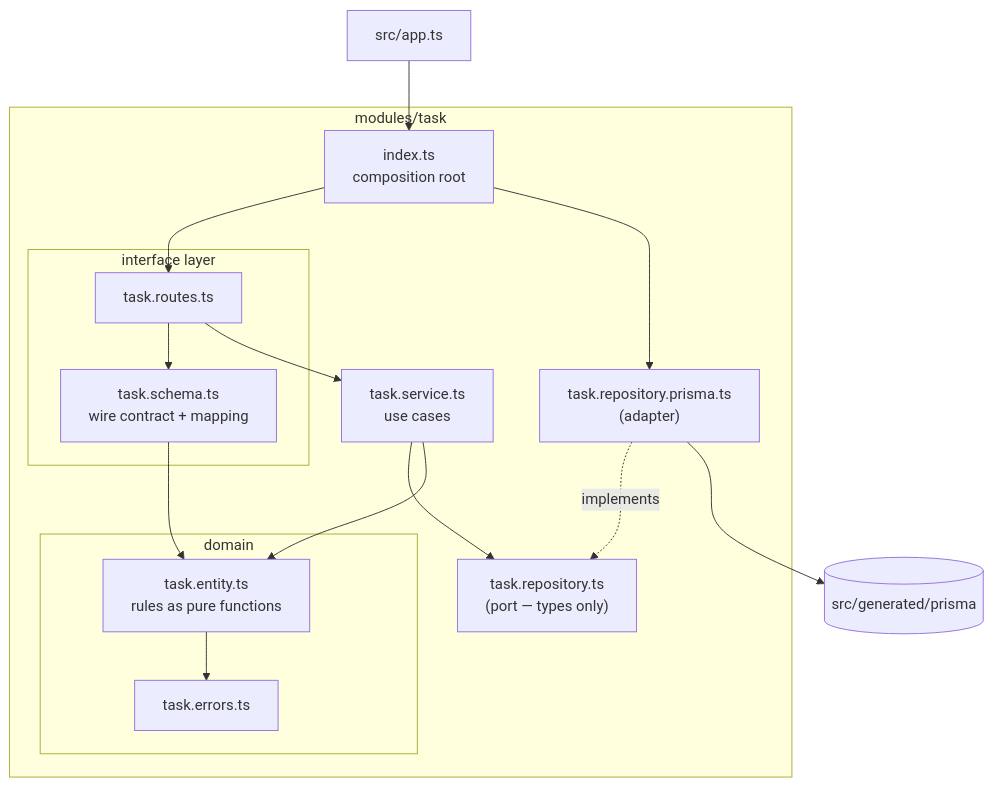
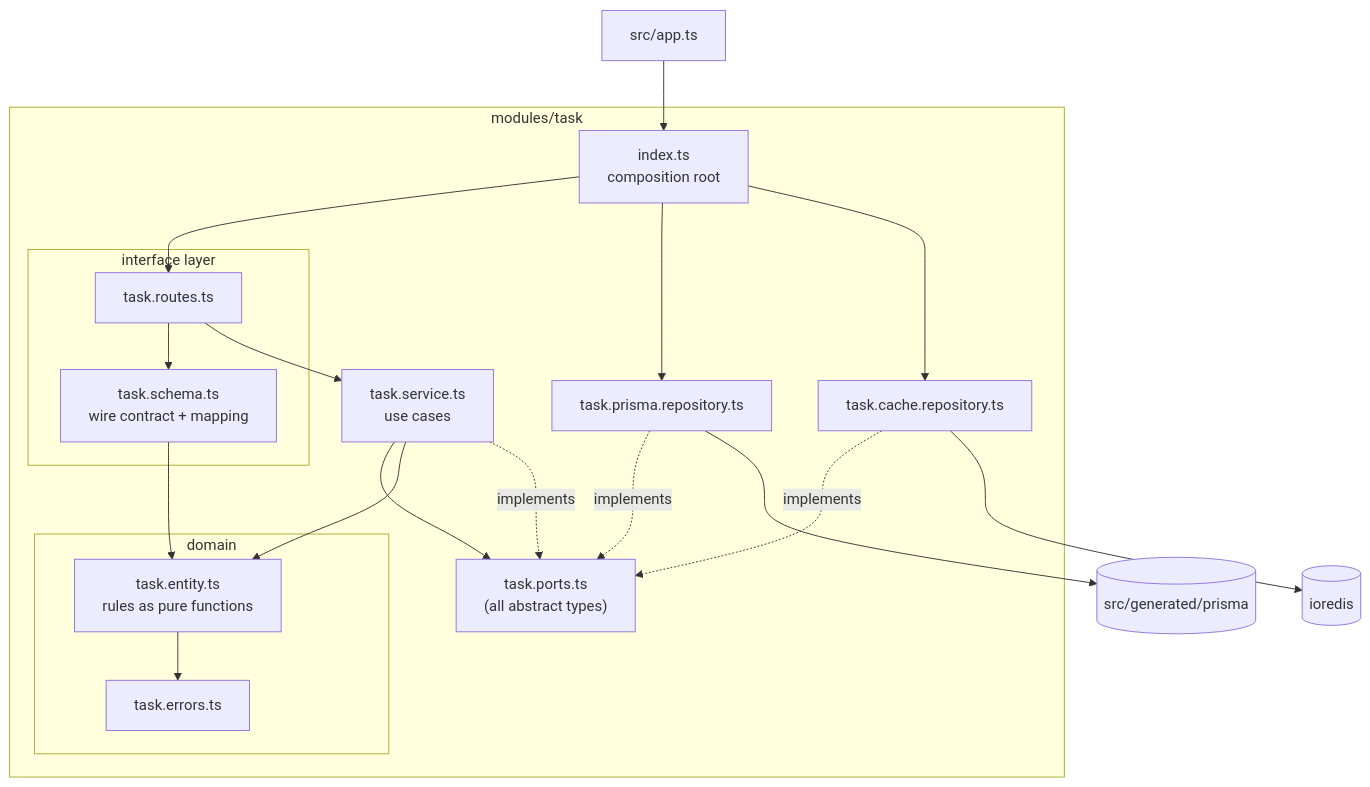
One commit to Luxlorys/fastify-clean-template changed the diagram in ARCHITECTURE.md. Above: the diagram before and after it, drawn with Mermaid. The commit also changed other lines of this file and 53 other files, not shown here.

````diff
--- a/ARCHITECTURE.md
+++ b/ARCHITECTURE.md
@@ -35,29 +33,35 @@
 ```mermaid
 flowchart TD
     subgraph module["modules/task"]
         IDX["index.ts<br/>composition root"]
         subgraph interface["interface layer"]
             R["task.routes.ts"]
             SCH["task.schema.ts<br/>wire contract + mapping"]
         end
         SVC["task.service.ts<br/>use cases"]
-        PORT["task.repository.ts<br/>(port — types only)"]
+        PORT["task.ports.ts<br/>(all abstract types)"]
         subgraph domain["domain"]
             E["task.entity.ts<br/>rules as pure functions"]
             ERR["task.errors.ts"]
         end
-        ADP["task.repository.prisma.ts<br/>(adapter)"]
+        DB["task.prisma.repository.ts"]
+        CACHE["task.cache.repository.ts"]
     end
     PRISMA[("src/generated/prisma")]
+    REDIS[("ioredis")]
     APP["src/app.ts"] --> IDX
     IDX --> R
-    IDX --> ADP
+    IDX --> DB
+    IDX --> CACHE
     R --> SCH
     R --> SVC
     SVC --> PORT
     SVC --> E
-    ADP -. implements .-> PORT
-    ADP --> PRISMA
+    SVC -. implements .-> PORT
+    DB -. implements .-> PORT
+    CACHE -. implements .-> PORT
+    DB --> PRISMA
+    CACHE --> REDIS
     SCH --> E
     E --> ERR
 ```
````
